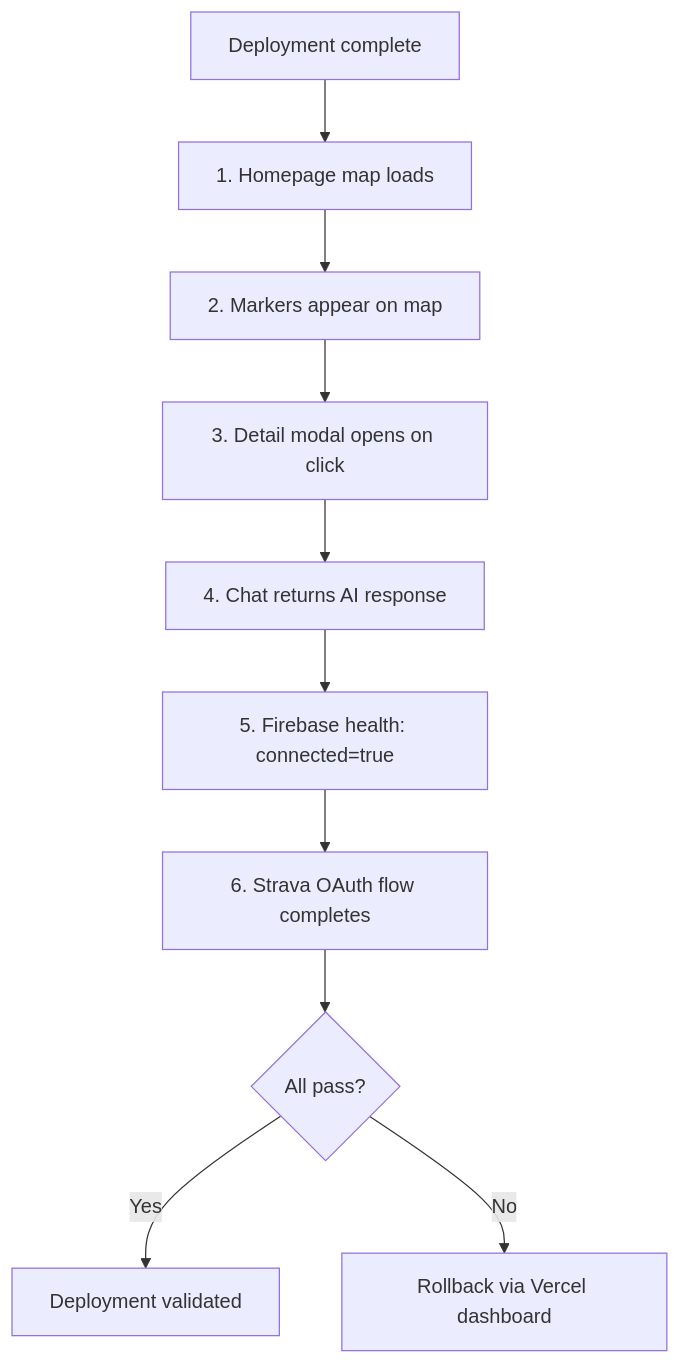
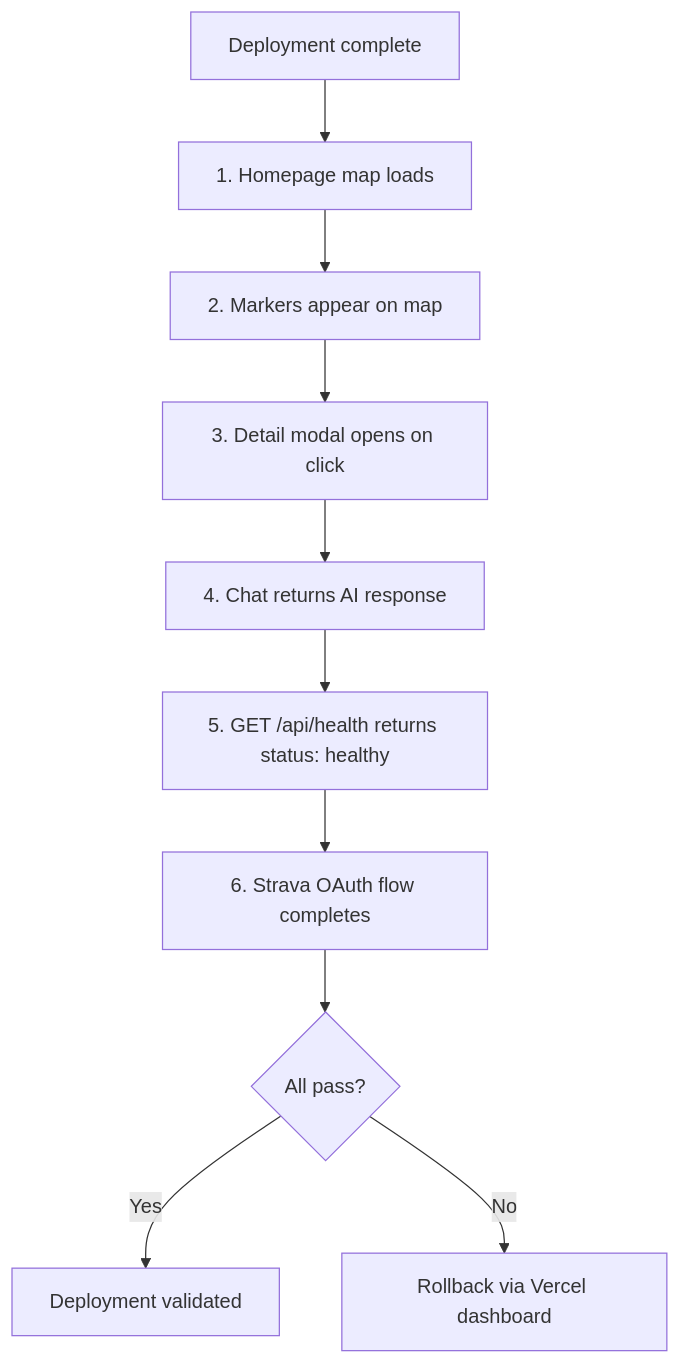
One commit to Oweeboi011/Fit-Ready-IQ changed the seventh of 8 diagrams in docs/wiki/TESTING.md. Above: the diagram before and after it, drawn with Mermaid. The commit also changed other lines of this file and 17 other files, not shown here.

First line of the commit message:
ci: simplify to trunk-based flow and fix review bugs

````diff
--- a/docs/wiki/TESTING.md
+++ b/docs/wiki/TESTING.md
@@ -381,12 +475,12 @@
 ```mermaid
 flowchart TD
     A["Deployment complete"] --> B["1. Homepage map loads"]
     B --> C["2. Markers appear on map"]
     C --> D["3. Detail modal opens on click"]
     D --> E["4. Chat returns AI response"]
-    E --> F["5. Firebase health: connected=true"]
+    E --> F["5. GET /api/health returns status: healthy"]
     F --> G["6. Strava OAuth flow completes"]
     G --> H{"All pass?"}
     H -->|Yes| I["Deployment validated"]
     H -->|No| J["Rollback via Vercel dashboard"]
 ```
````
